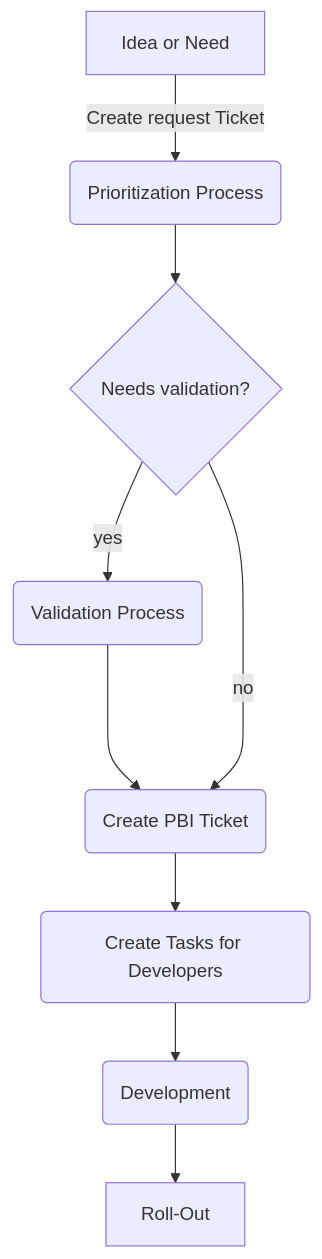
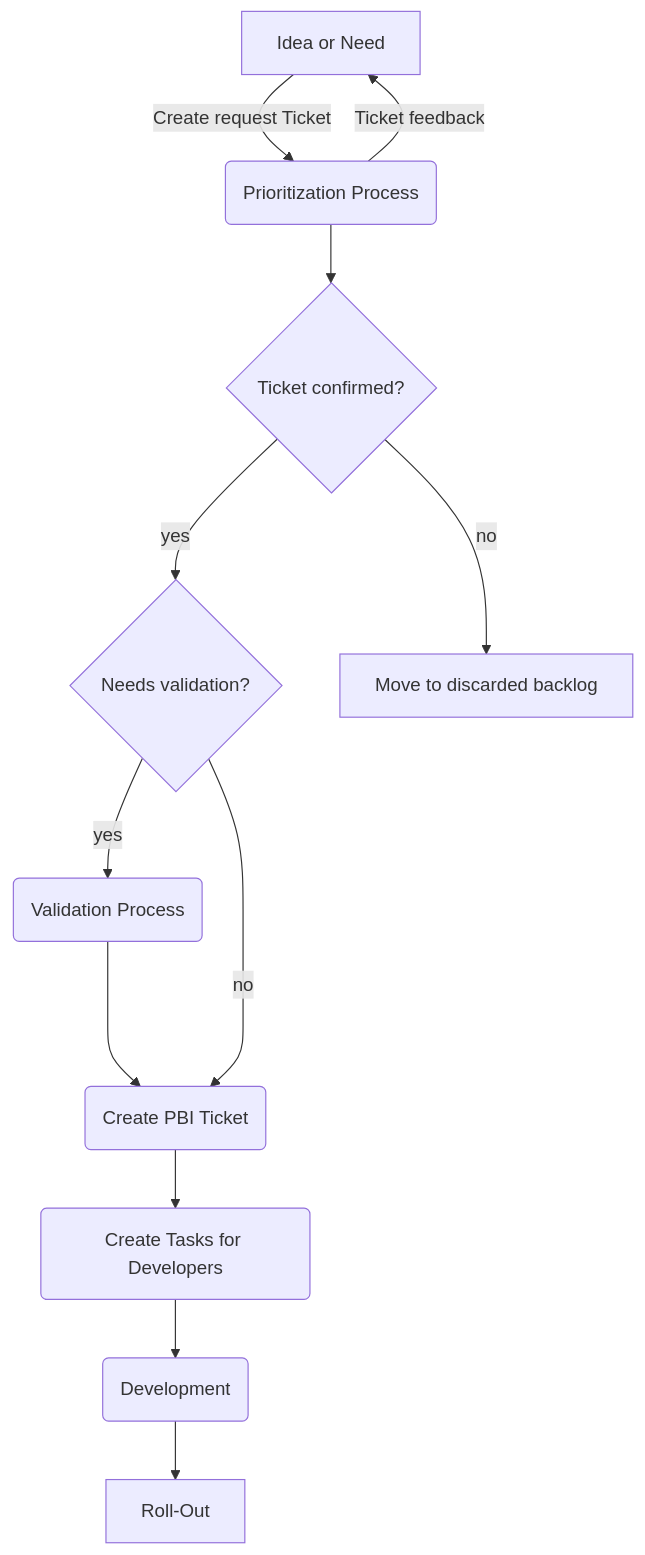
One commit to mstaples84/dev-guidelines changed the diagram in README.md. Above: the diagram before and after it, drawn with Mermaid. The commit also changed other lines of this file, not shown here.

Commit message:
Validation definition

````diff
--- a/README.md
+++ b/README.md
@@ -14,10 +20,13 @@
 ```mermaid
 graph TD
     A[Idea or Need] -->|Create request Ticket| B(Prioritization Process)
-    B --> C{Needs validation?}
+    B --> |Ticket feedback| A
+    B --> I{Ticket confirmed?}
+    I --> |yes|C{Needs validation?}
+    I --> |no|J[Move to discarded backlog]
     C -->|yes| D(Validation Process) ---> E
     C -->|no| E(Create PBI Ticket)
     E --> F(Create Tasks for Developers)
     F --> G(Development)
     G --> H[Roll-Out]
 ```
````
